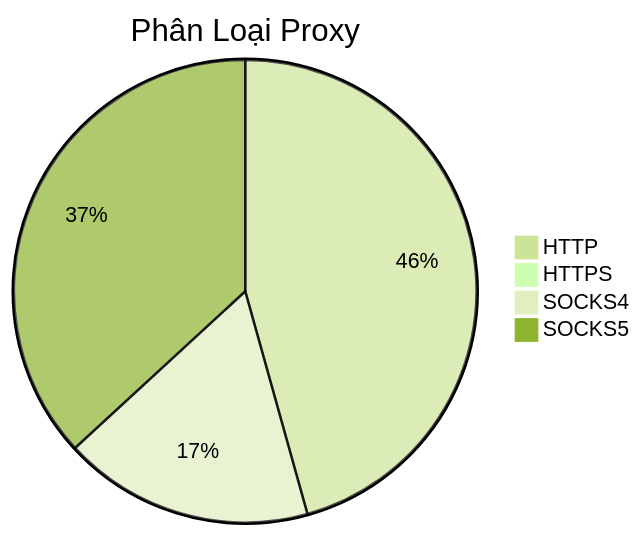
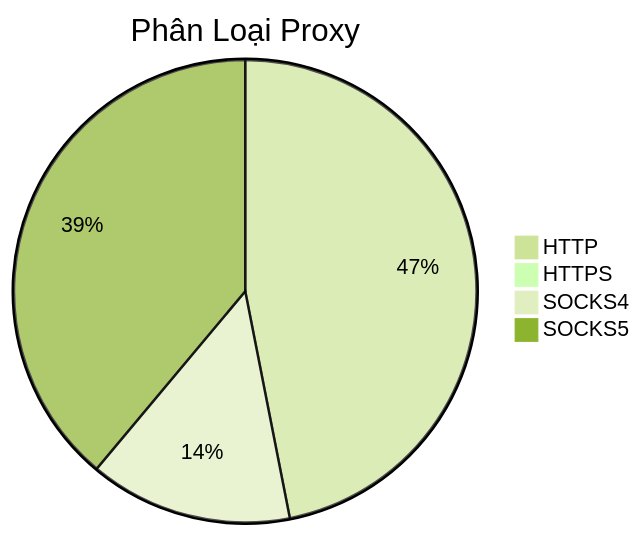
The diagram in README.md (Ciara-Aa/PROXY-free), drawn with Mermaid (forest theme) before and after one commit. The commit also changed other lines of this file and 4 other files, not shown here.

````diff
--- a/README.md
+++ b/README.md
@@ -26,7 +26,7 @@
 ```mermaid
 pie title Phân Loại Proxy
-    "HTTP" : 295
-    "HTTPS" : 2
-    "SOCKS4" : 113
-    "SOCKS5" : 238
+    "HTTP" : 258
+    "HTTPS" : 3
+    "SOCKS4" : 78
+    "SOCKS5" : 214
 ```
````
